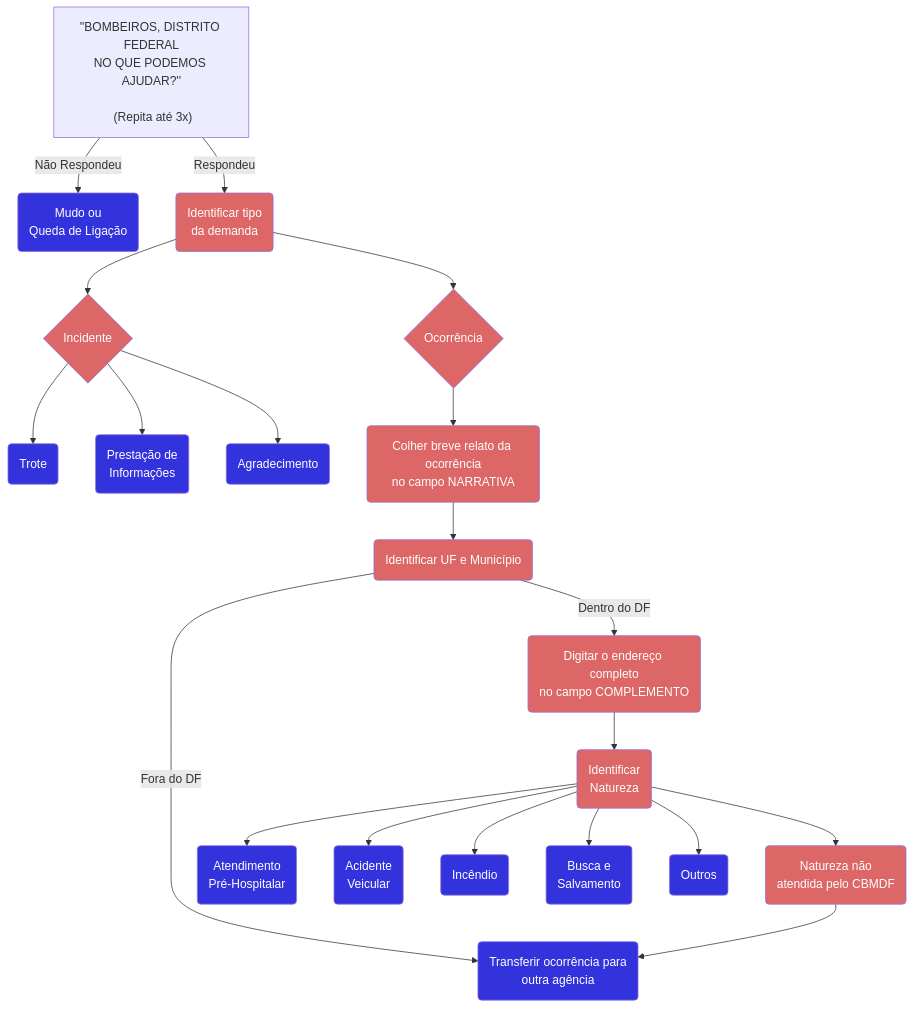
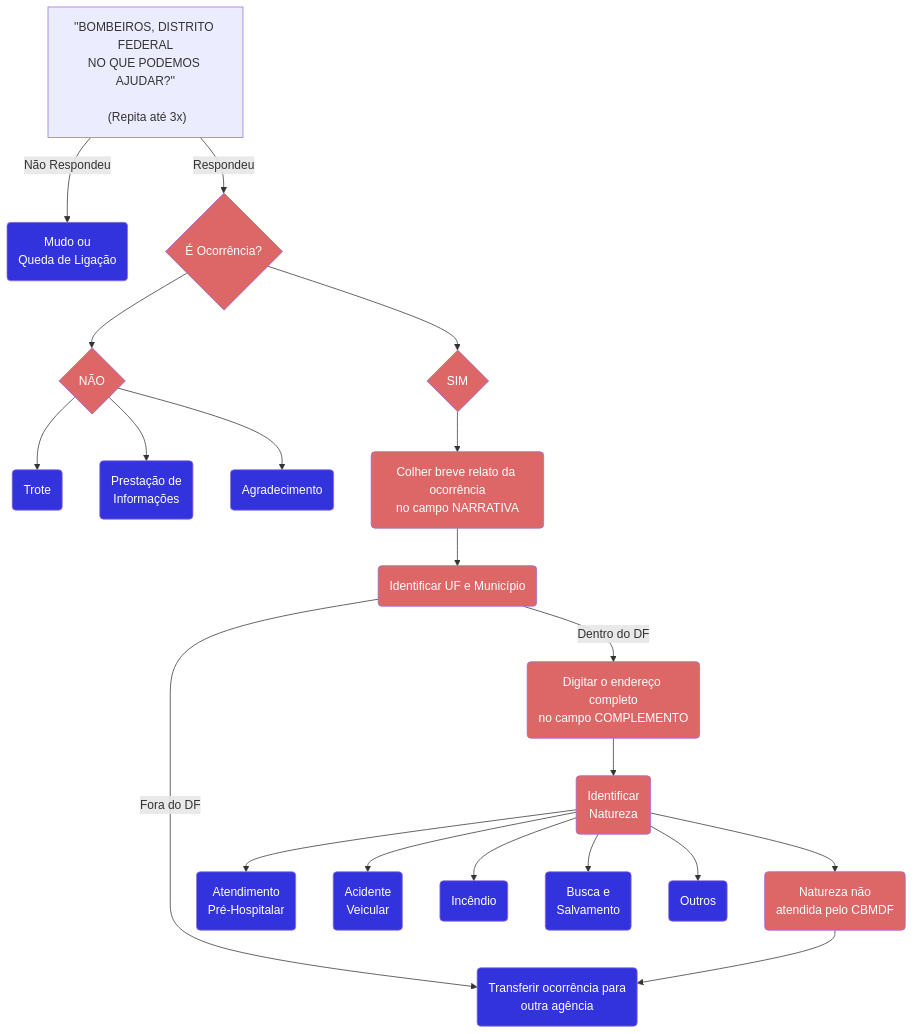
Before and after one commit to winstein27/protocolo-193: the first of 5 diagrams in docs/index.mdx, drawn with Mermaid. The commit also changed 3 other files, not shown here.

Commit message:
Ajustes no atendimento de Queda de Ligação 2

````diff
--- a/docs/index.mdx
+++ b/docs/index.mdx
@@ -9,41 +9,41 @@
 ```mermaid
 graph TD;
 
     saudacao_inicial["''BOMBEIROS, DISTRITO FEDERAL\nNO QUE PODEMOS AJUDAR?''\n\n (Repita até 3x)"]-->|Não Respondeu|Mudo(Mudo ou\nQueda de Ligação):::Link
-    saudacao_inicial-->|Respondeu|Identificar_tipo_chamado(Identificar tipo\nda demanda):::Atendente
-    Identificar_tipo_chamado --> Classificar_incidente{Incidente}:::Atendente
-    Identificar_tipo_chamado --> Classificar_ocorrencia{Ocorrência}:::Atendente
+    saudacao_inicial-->|Respondeu|Identificar_tipo_chamado{É Ocorrência?}:::Atendente
+    Identificar_tipo_chamado --> Classificar_incidente{NÃO}:::Atendente
+    Identificar_tipo_chamado --> Classificar_ocorrencia{SIM}:::Atendente
     Classificar_incidente --> Trote(Trote):::Link
     Classificar_incidente --> Prestacao_informacoes(Prestação de\nInformações):::Link
     Classificar_incidente --> Agradecimento(Agradecimento):::Link
     Classificar_ocorrencia --> Coletar_relato(Colher breve relato da ocorrência\nno campo NARRATIVA):::Atendente
     Coletar_relato --> Coletar_cidade(Identificar UF e Município):::Atendente
     Coletar_cidade --> |Fora do DF|Transferir_ocorrencia(Transferir ocorrência para\noutra agência)
     Coletar_cidade --> |Dentro do DF|Registrar_endereco(Digitar o endereço completo\nno campo COMPLEMENTO):::Atendente
     Registrar_endereco --> 
     Identificar_grupos(Identificar\nNatureza):::Atendente
     Identificar_grupos --> Natureza_nao_atendida_pelo_CBMDF("Natureza não\natendida pelo CBMDF"):::Atendente
     Natureza_nao_atendida_pelo_CBMDF --> Transferir_ocorrencia:::Link
     Identificar_grupos --> Atendimento_pre_hospitalar(Atendimento\nPré-Hospitalar):::Link
     Identificar_grupos --> Acidente_veicular(Acidente\nVeicular):::Link
     Identificar_grupos --> Incendio(Incêndio):::Link
     Identificar_grupos --> Busca_salvamento(Busca e\nSalvamento):::Link
     Identificar_grupos --> Outros(Outros):::Link
 
     classDef Atendente fill:#d66, color:#fff
     classDef Link fill:#33d, color:#fff
 
     click Trote "#trote" "Trote"
-    click Mudo "#mudo" "Mudo"
+    click Mudo "#mudo-ou-queda-de-ligação" "Mudo ou QUeda de Ligação"
     click Agradecimento "#agradecimento" "Agradecimento"
     click Prestacao_informacoes "#prestação-de-informações" "Prestação de Informações"
     click Classificar_ocorrencia "#ocorrência" "Ocorrência"
 
     click Transferir_ocorrencia "#transferir-ocorrência" "Transferir Ocorrência"
     click Atendimento_pre_hospitalar "atendimento/atendimento_pre_hospitalar" "Atendimento Pré-Hospitalar"
     click Acidente_veicular "#acidente-veicular" "Acidente Veicular"
     click Incendio "#incêndio" "Incêndio"
     click Busca_salvamento "#busca-e-salvamento" "Busca e Salvamento"
     click Outros "#outros" "Outros"
 
 ```
````
